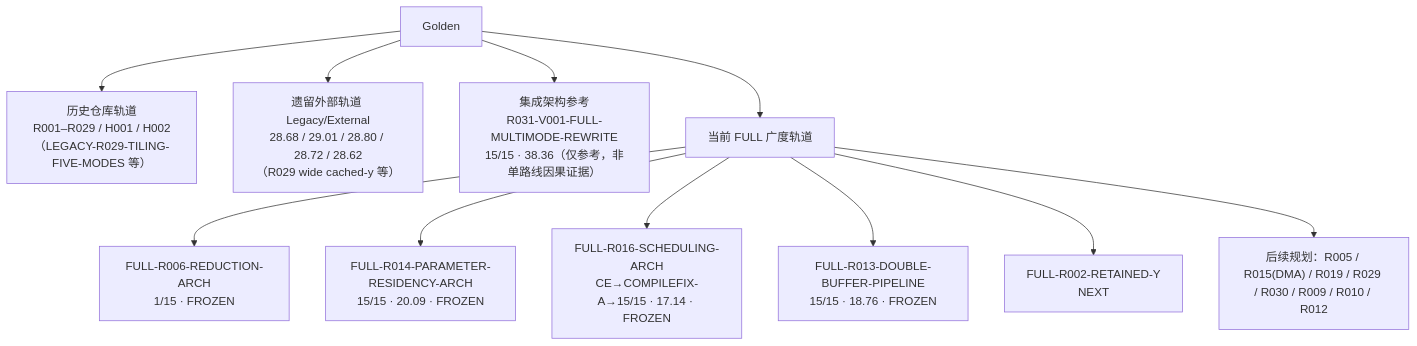
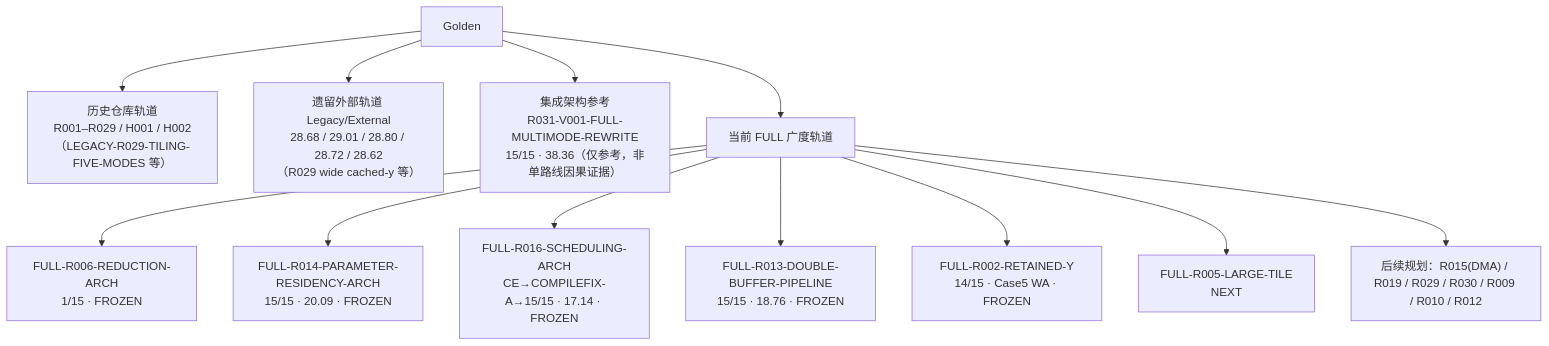
One commit to sxyq/CANN changed the diagram in 文档/当前状态.md. Above: the diagram before and after it, drawn with Mermaid. The commit also changed other lines of this file and 8 other files, not shown here.

Commit message:
record FULL-R002 frozen route state

````diff
--- a/文档/当前状态.md
+++ b/文档/当前状态.md
@@ -56,14 +60,15 @@
 ```mermaid
 flowchart TD
     G["Golden"]
     G --> H["历史仓库轨道<br/>R001–R029 / H001 / H002<br/>（LEGACY-R029-TILING-FIVE-MODES 等）"]
     G --> L["遗留外部轨道 Legacy/External<br/>28.68 / 29.01 / 28.80 / 28.72 / 28.62<br/>（R029 wide cached-y 等）"]
     G --> R["集成架构参考<br/>R031-V001-FULL-MULTIMODE-REWRITE<br/>15/15 · 38.36（仅参考，非单路线因果证据）"]
     G --> F["当前 FULL 广度轨道"]
     F --> F6["FULL-R006-REDUCTION-ARCH<br/>1/15 · FROZEN"]
     F --> F14["FULL-R014-PARAMETER-RESIDENCY-ARCH<br/>15/15 · 20.09 · FROZEN"]
     F --> F16["FULL-R016-SCHEDULING-ARCH<br/>CE→COMPILEFIX-A→15/15 · 17.14 · FROZEN"]
     F --> F13["FULL-R013-DOUBLE-BUFFER-PIPELINE<br/>15/15 · 18.76 · FROZEN"]
-    F --> F2["FULL-R002-RETAINED-Y<br/>NEXT"]
-    F --> FP["后续规划：R005 / R015(DMA) / R019 / R029 / R030 / R009 / R010 / R012"]
+    F --> F2["FULL-R002-RETAINED-Y<br/>14/15 · Case5 WA · FROZEN"]
+    F --> F5["FULL-R005-LARGE-TILE<br/>NEXT"]
+    F --> FP["后续规划：R015(DMA) / R019 / R029 / R030 / R009 / R010 / R012"]
 ```
````
